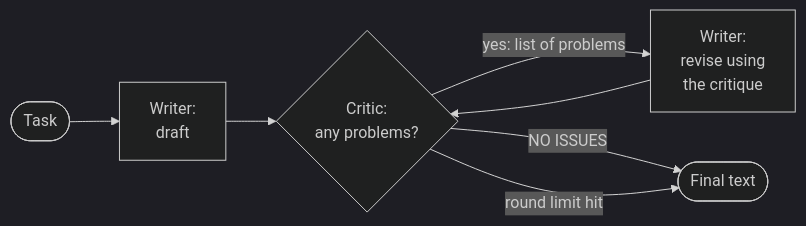
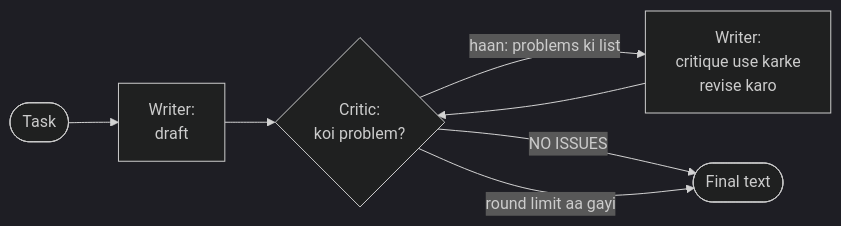
One commit to asmustechno/agentic-ai-notes changed the first of 2 diagrams in docs/08-reflection-and-self-correction/08.1-the-reflection-pattern.md. Above: the diagram before and after it, drawn with Mermaid (dark theme). The commit also changed other lines of this file and 135 other files, not shown here.

````diff
--- a/docs/08-reflection-and-self-correction/08.1-the-reflection-pattern.md
+++ b/docs/08-reflection-and-self-correction/08.1-the-reflection-pattern.md
@@ -48,9 +50,9 @@
 ```mermaid
 flowchart LR
     T([Task]) --> D["Writer:<br/>draft"]
-    D --> C{"Critic:<br/>any problems?"}
-    C -->|"yes: list of problems"| R["Writer:<br/>revise using<br/>the critique"]
+    D --> C{"Critic:<br/>koi problem?"}
+    C -->|"haan: problems ki list"| R["Writer:<br/>critique use karke<br/>revise karo"]
     R --> C
     C -->|"NO ISSUES"| F([Final text])
-    C -->|"round limit hit"| F
+    C -->|"round limit aa gayi"| F
 ```
````
